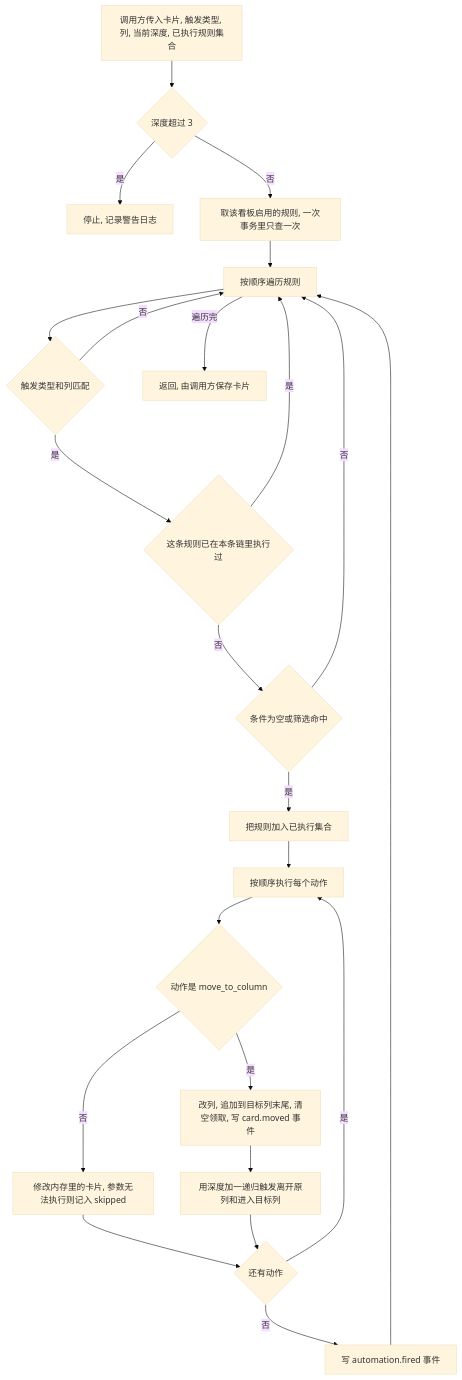
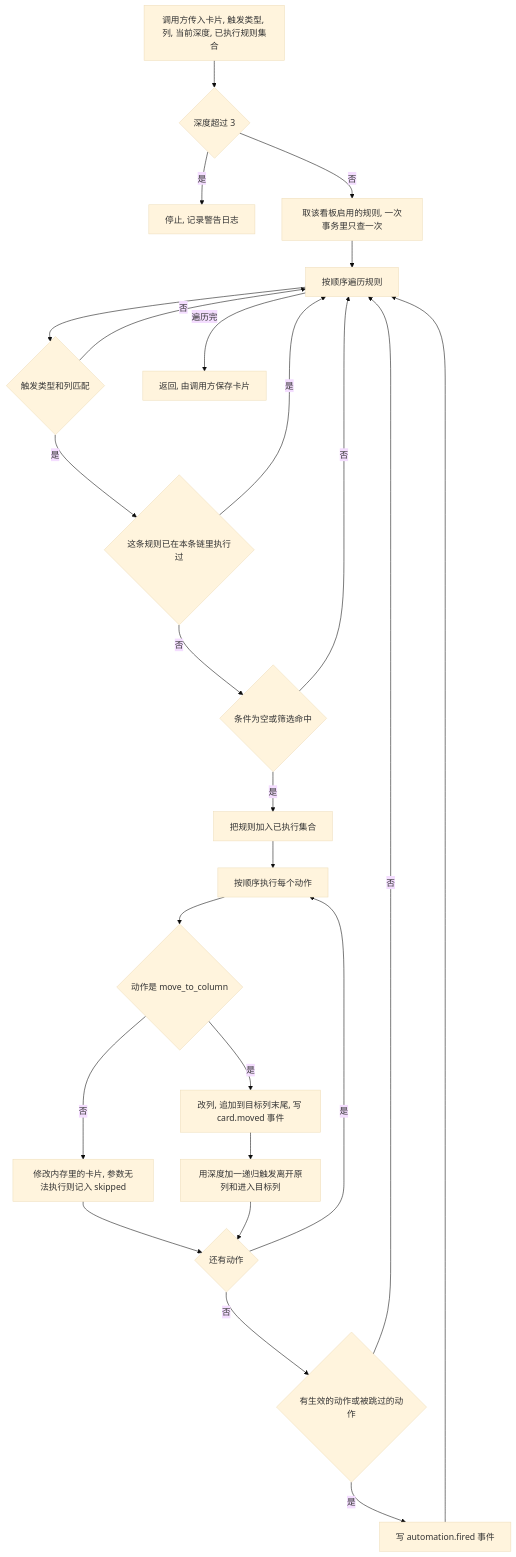
The first of 3 diagrams in .cursor/scopes/kanban.automation.go.md (ixugo/slate-kanban), drawn with Mermaid (base theme) before and after one commit. The commit also changed other lines of this file and 1 other file, not shown here.

First line of the commit message:
docs(automation): 对齐规则设计与实现

````diff
--- a/.cursor/scopes/kanban.automation.go.md
+++ b/.cursor/scopes/kanban.automation.go.md
@@ -61,25 +71,27 @@
 ```mermaid
 flowchart TD
     A[调用方传入卡片, 触发类型, 列, 当前深度, 已执行规则集合] --> B{深度超过 3}
     B -->|是| Z1[停止, 记录警告日志]
     B -->|否| C[取该看板启用的规则, 一次事务里只查一次]
     C --> D[按顺序遍历规则]
     D --> E{触发类型和列匹配}
     E -->|否| D
     E -->|是| F{这条规则已在本条链里执行过}
     F -->|是| D
     F -->|否| G{条件为空或筛选命中}
     G -->|否| D
     G -->|是| H[把规则加入已执行集合]
     H --> I[按顺序执行每个动作]
     I --> J{动作是 move_to_column}
     J -->|否| K[修改内存里的卡片, 参数无法执行则记入 skipped]
-    J -->|是| L[改列, 追加到目标列末尾, 清空领取, 写 card.moved 事件]
+    J -->|是| L[改列, 追加到目标列末尾, 写 card.moved 事件]
     L --> M[用深度加一递归触发离开原列和进入目标列]
     K --> N{还有动作}
     M --> N
     N -->|是| I
-    N -->|否| O[写 automation.fired 事件]
-    O --> D
+    N -->|否| O{有生效的动作或被跳过的动作}
+    O -->|是| O2[写 automation.fired 事件]
+    O -->|否| D
+    O2 --> D
     D -->|遍历完| P[返回, 由调用方保存卡片]
 ```
````
